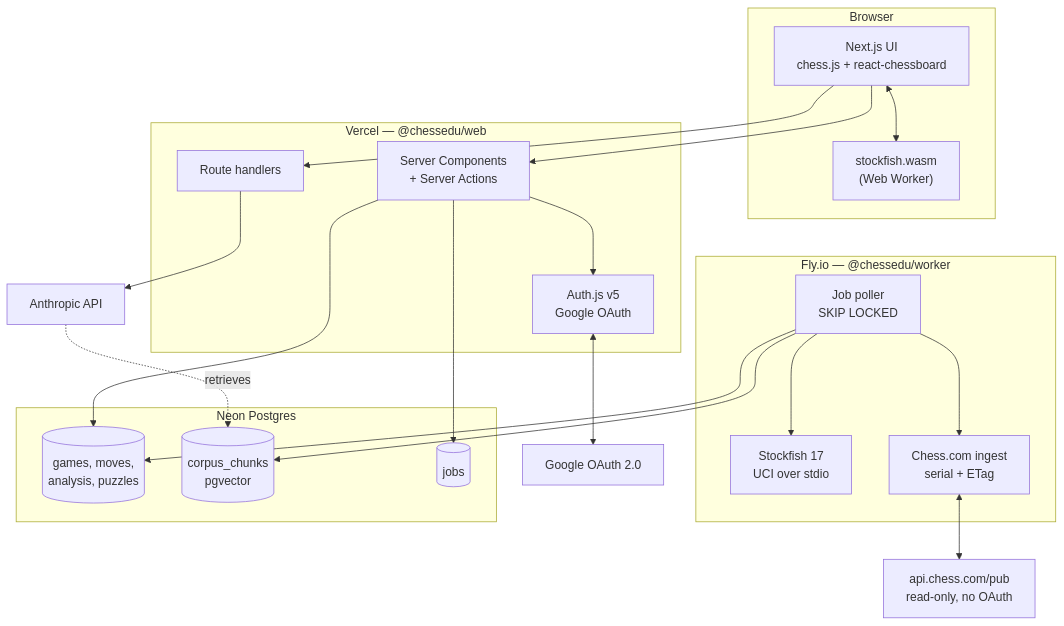
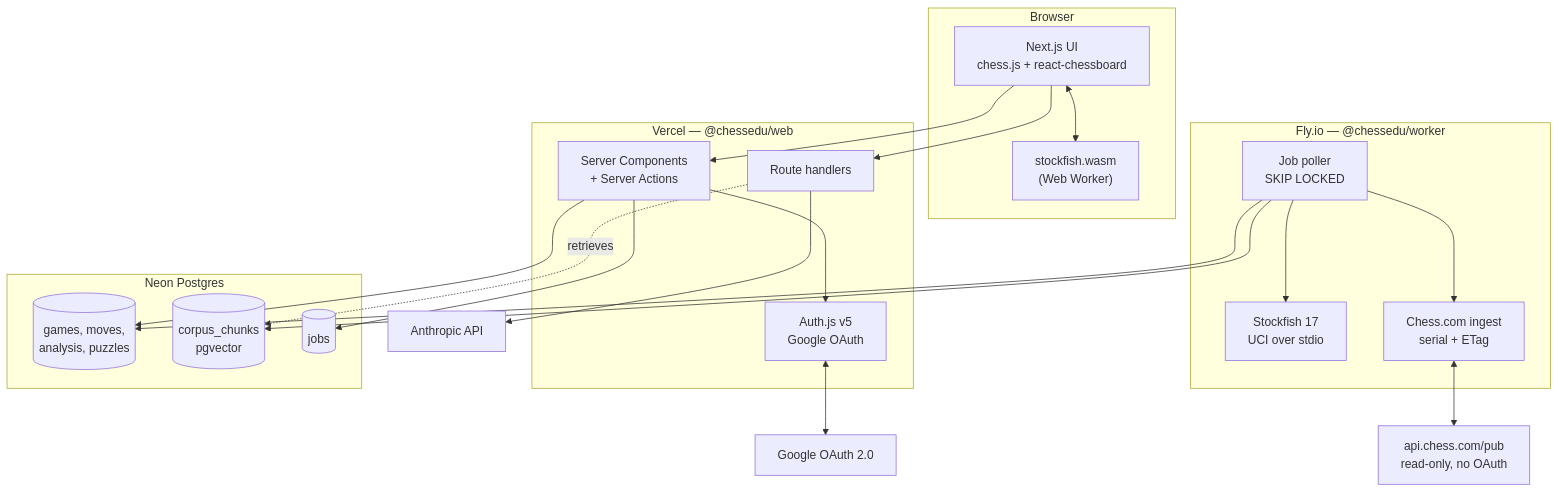
One commit to SimonF-Codes/ChessEdu changed the first of 4 diagrams in docs/architecture.md. Above: the diagram before and after it, drawn with Mermaid. The commit also changed other lines of this file and 2 other files, not shown here.

````diff
--- a/docs/architecture.md
+++ b/docs/architecture.md
@@ -38,44 +38,44 @@
 ```mermaid
 flowchart TB
     subgraph browser["Browser"]
         UI["Next.js UI<br/>chess.js + react-chessboard"]
         WASM["stockfish.wasm<br/>(Web Worker)"]
         UI <--> WASM
     end
 
     subgraph vercel["Vercel — @chessedu/web"]
         RSC["Server Components<br/>+ Server Actions"]
         AUTH["Auth.js v5<br/>Google OAuth"]
         API["Route handlers"]
     end
 
     subgraph fly["Fly.io — @chessedu/worker"]
         POLL["Job poller<br/>SKIP LOCKED"]
         SF["Stockfish 17<br/>UCI over stdio"]
         ING["Chess.com ingest<br/>serial + ETag"]
         POLL --> SF
         POLL --> ING
     end
 
     subgraph data["Neon Postgres"]
         CORE[("games, moves,<br/>analysis, puzzles")]
         VEC[("corpus_chunks<br/>pgvector")]
         JOBS[("jobs")]
     end
 
     GOOG["Google OAuth 2.0"]
     CC["api.chess.com/pub<br/>read-only, no OAuth"]
     LLM["Anthropic API"]
 
     UI --> RSC
     UI --> API
     RSC --> AUTH
     AUTH <--> GOOG
     RSC --> CORE
     RSC --> JOBS
     API --> LLM
-    LLM -.retrieves.-> VEC
+    API -.retrieves.-> VEC
     ING <--> CC
     POLL --> CORE
     POLL --> VEC
 ```
````
